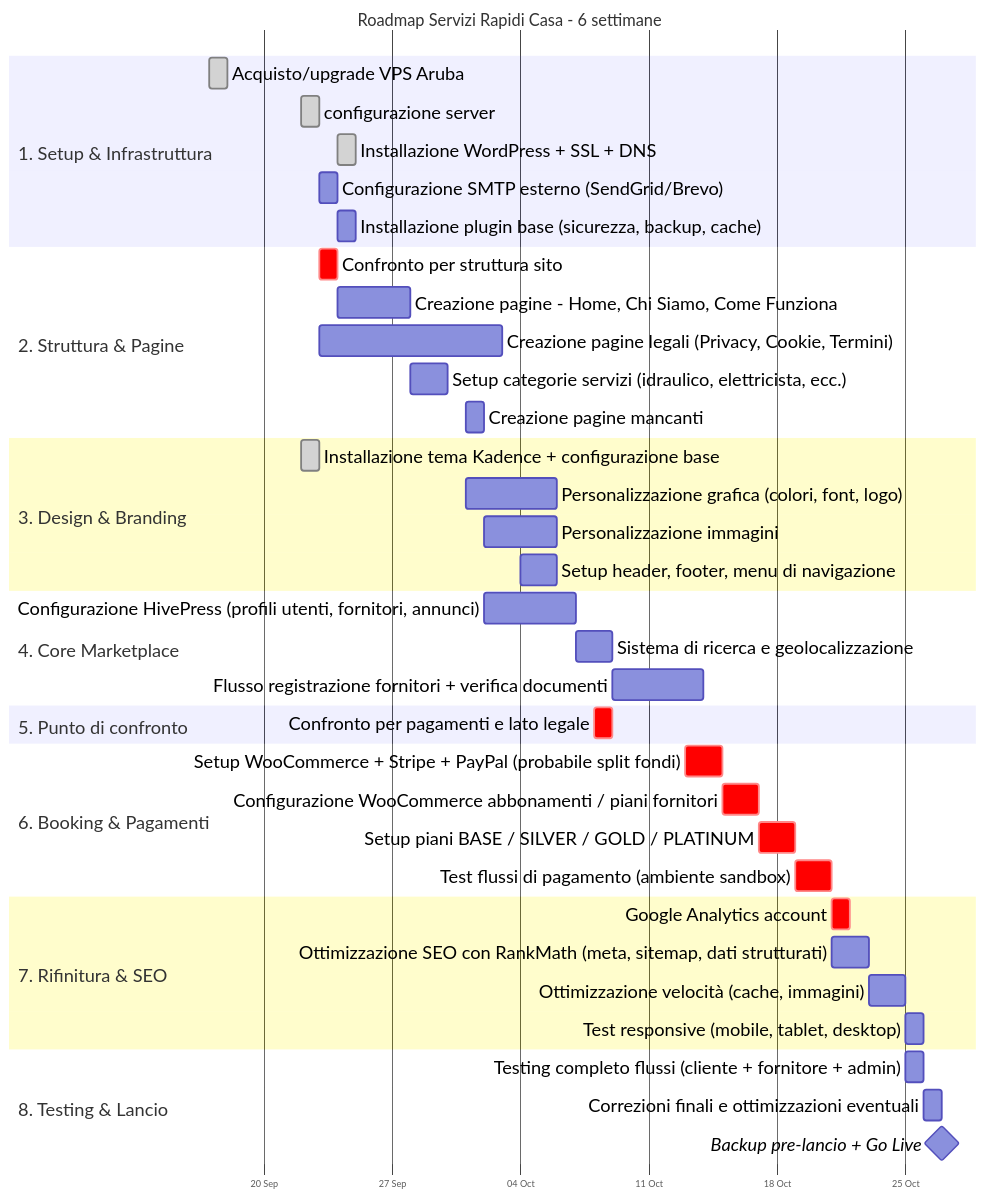
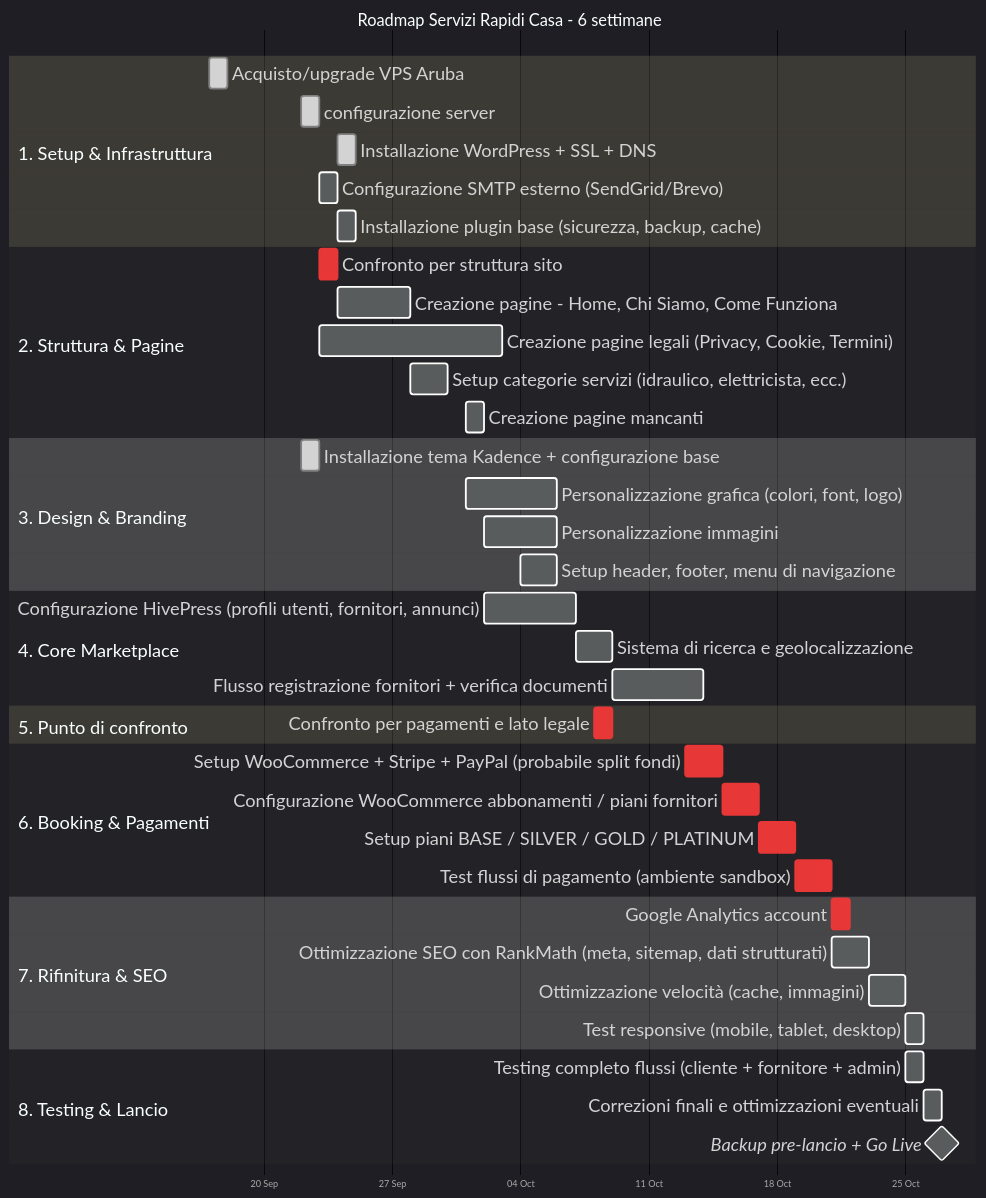
The diagram in src_roadmap.md (BarbaraLol/servizi_rapidi_casa), drawn with Mermaid before and after one commit.

````diff
--- a/src_roadmap.md
+++ b/src_roadmap.md
@@ -17,68 +17,68 @@
 ```mermaid
 %%{init: {
-  'theme': 'default',
+  'theme': 'dark',
   'themeVariables': {
     'fontSize': '20px',
     'sectionFontSize': '20px'
   },
   'gantt': {
     'barHeight': 34,
     'barGap': 8,
     'topPadding': 60,
     'leftPadding': 220,
     'gridLineStartPadding': 20,
     'fontSize': 20,
     'sectionFontSize': 20,
     'numberSectionStyles': 4
   }
 }}%%
 gantt
     title Roadmap Servizi Rapidi Casa - 6 settimane
     dateFormat  DD-MM-YYYY
     axisFormat  %d %b
 
     section 1. Setup & Infrastruttura
     Acquisto/upgrade VPS Aruba                                 :done, a1, 17-09-2026, 1d
     configurazione server                                      :done, a2, 22-09-2026, 1d
     Installazione WordPress + SSL + DNS                        :done, a3, 24-09-2026, 1d
     Configurazione SMTP esterno (SendGrid/Brevo)               :a4, 23-09-2026, 1d
     Installazione plugin base (sicurezza, backup, cache)       :a5, 24-09-2026, 1d
 
     section 2. Struttura & Pagine 
     Confronto per struttura sito                               :crit, a10, 23-09-2026, 1d
     Creazione pagine - Home, Chi Siamo, Come Funziona          :a11, 24-09-2026, 4d
     Creazione pagine legali (Privacy, Cookie, Termini)         :a12, 23-09-2026, 10d
     Setup categorie servizi (idraulico, elettricista, ecc.)    :a13, 28-09-2026, 2d
     Creazione pagine mancanti                                  :a14, 01-10-2026, 1d
 
     section 3. Design & Branding
     Installazione tema Kadence + configurazione base           :done, a6, 22-09-2026, 1d
     Personalizzazione grafica (colori, font, logo)             :a7, 01-10-2026, 5d
     Personalizzazione immagini                                 :a8, 02-10-2026, 4d
     Setup header, footer, menu di navigazione                  :a9, 04-10-2026, 2d
 
     section 4. Core Marketplace
     Configurazione HivePress (profili utenti, fornitori, annunci) :a15, 02-10-2026, 5d
     Sistema di ricerca e geolocalizzazione                     :a16, 07-10-2026, 2d
     Flusso registrazione fornitori + verifica documenti        :a17, 09-10-2026, 5d
 
     section 5. Punto di confronto
     Confronto per pagamenti e lato legale                      :crit, a18, 08-10-2026, 1d
 
     section 6. Booking & Pagamenti
     Setup WooCommerce + Stripe + PayPal (probabile split fondi)         :crit, a19, 13-10-2026, 2d
     Configurazione WooCommerce abbonamenti / piani fornitori   :crit, a20, 15-10-2026, 2d
     Setup piani BASE / SILVER / GOLD / PLATINUM                :crit, a21, 17-10-2026, 2d
     Test flussi di pagamento (ambiente sandbox)                :crit, a22, 19-10-2026, 2d
 
     section 7. Rifinitura & SEO
     Google Analytics account                                   :crit, a23, 21-10-2026, 1d
     Ottimizzazione SEO con RankMath (meta, sitemap, dati strutturati)    :a24, 21-10-2026, 2d
     Ottimizzazione velocità (cache, immagini)         :a25, 23-10-2026, 2d
     Test responsive (mobile, tablet, desktop)                  :a26, 25-10-2026, 1d
 
     section 8. Testing & Lancio
     Testing completo flussi (cliente + fornitore + admin)      :a27, 25-10-2026, 1d
     Correzioni finali e ottimizzazioni eventuali               :a28, 26-10-2026, 1d
     Backup pre-lancio + Go Live                                :milestone, a29, 27-10-2026, 0d
 ```
````
